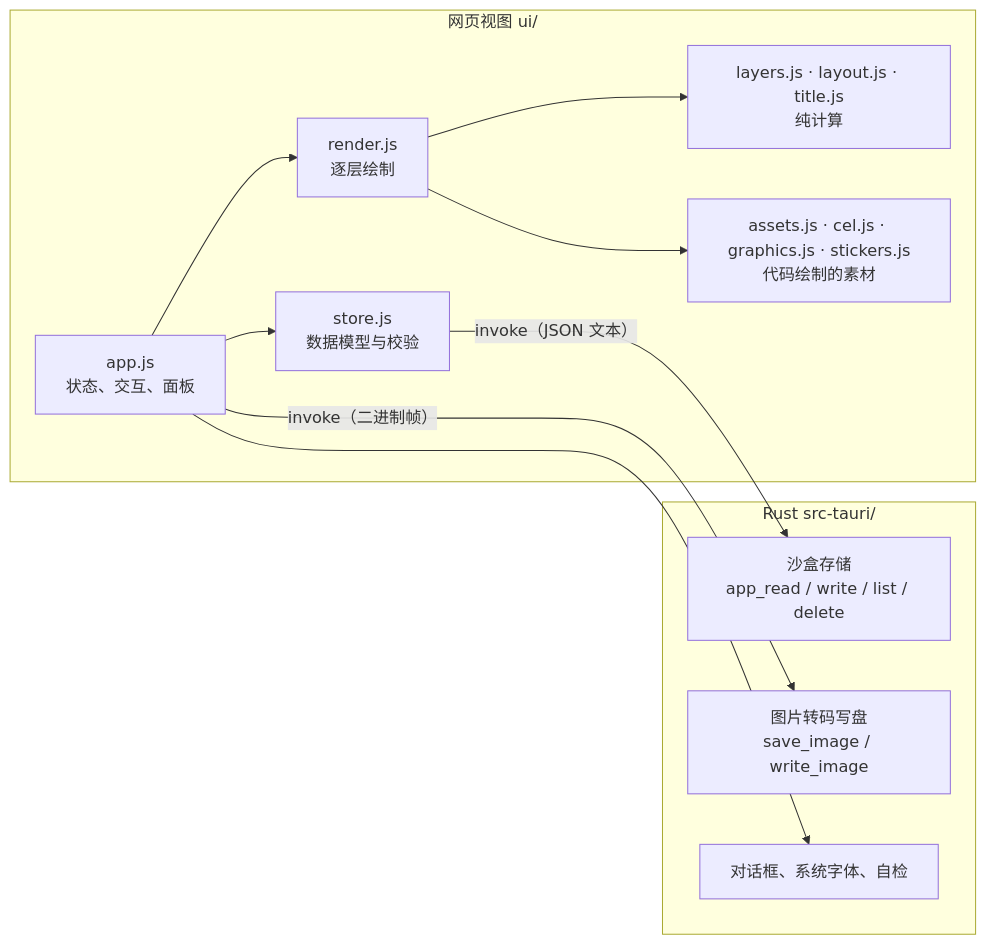
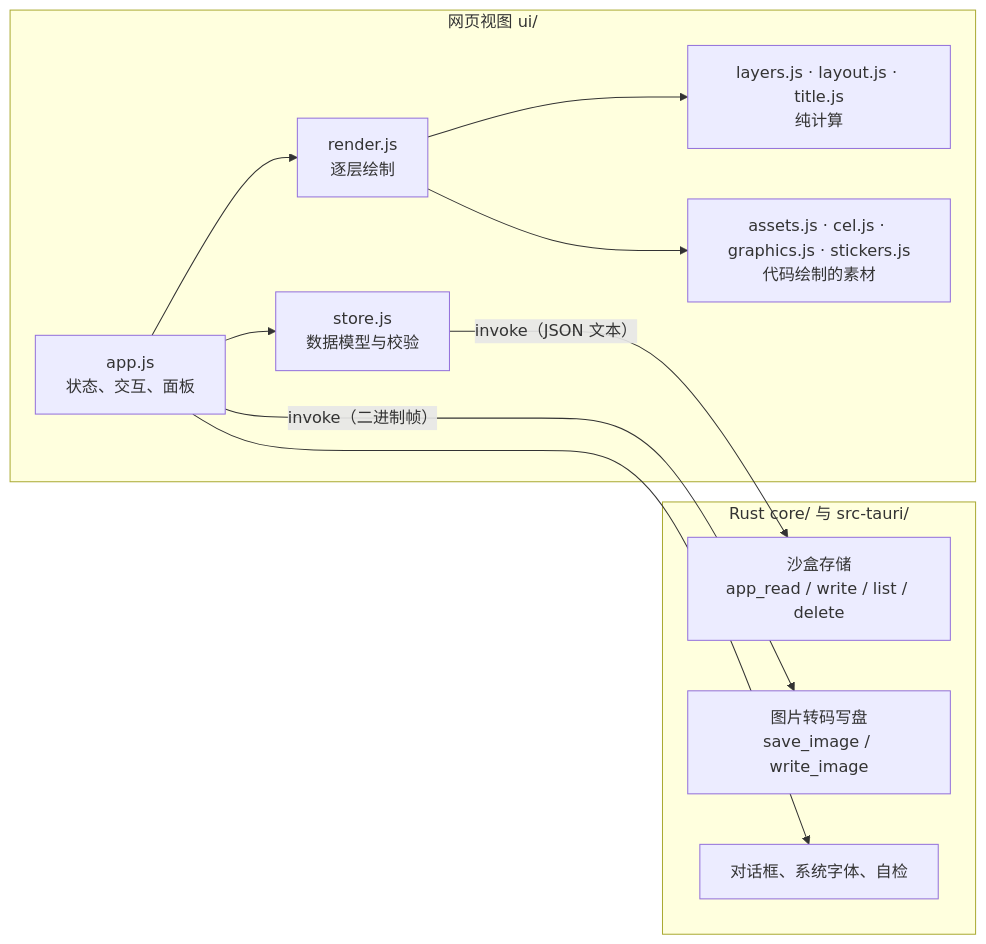
Before and after one commit to cybertheye/smedcover: the diagram in ARCHITECTURE.zh-CN.md, drawn with Mermaid. The commit also changed other lines of this file and 3 other files, not shown here.

````diff
--- a/ARCHITECTURE.zh-CN.md
+++ b/ARCHITECTURE.zh-CN.md
@@ -14,21 +14,21 @@
 ```mermaid
 flowchart LR
   subgraph WebView["网页视图 ui/"]
     app["app.js<br/>状态、交互、面板"]
     render["render.js<br/>逐层绘制"]
     model["layers.js · layout.js · title.js<br/>纯计算"]
     assets["assets.js · cel.js · graphics.js · stickers.js<br/>代码绘制的素材"]
     store["store.js<br/>数据模型与校验"]
     app --> render --> model
     render --> assets
     app --> store
   end
-  subgraph Rust["Rust src-tauri/"]
+  subgraph Rust["Rust core/ 与 src-tauri/"]
     fs["沙盒存储<br/>app_read / write / list / delete"]
     enc["图片转码写盘<br/>save_image / write_image"]
     misc["对话框、系统字体、自检"]
   end
   store -- "invoke（JSON 文本）" --> fs
   app -- "invoke（二进制帧）" --> enc
   app --> misc
 ```
````
